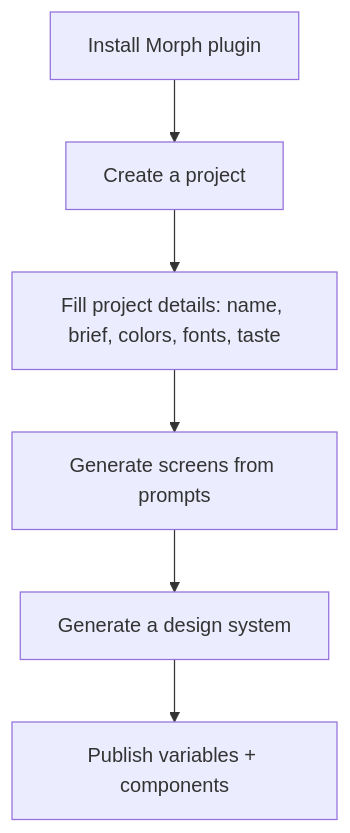
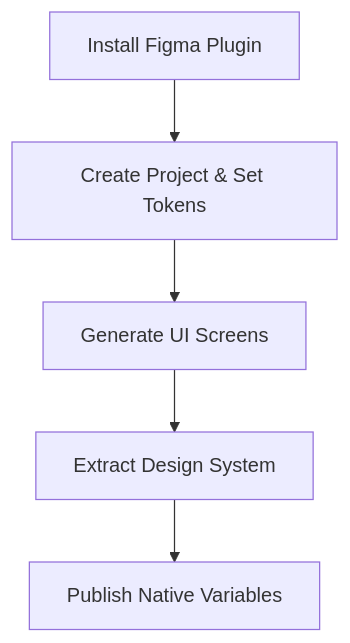
One commit to Anshul2021/Figma-Mcp changed the third of 5 diagrams in README.md. Above: the diagram before and after it, drawn with Mermaid. The commit also changed other lines of this file, not shown here.

````diff
--- a/README.md
+++ b/README.md
@@ -100,8 +79,7 @@
 ```mermaid
 flowchart TD
-    A[Install Morph plugin] --> B[Create a project]
-    B --> C[Fill project details: name, brief, colors, fonts, taste]
-    C --> D[Generate screens from prompts]
-    D --> E[Generate a design system]
-    E --> F[Publish variables + components]
+    D1[Install Figma Plugin] --> D2[Create Project & Set Tokens]
+    D2 --> D3[Generate UI Screens]
+    D3 --> D4[Extract Design System]
+    D4 --> D5[Publish Native Variables]
 ```
````
